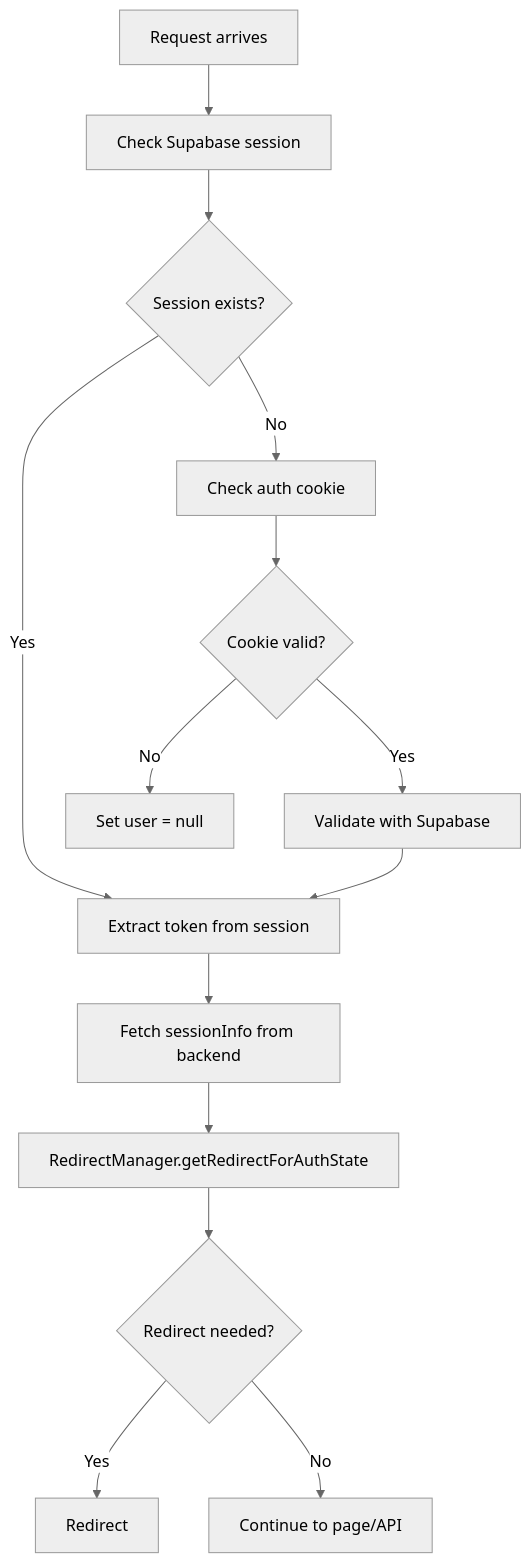
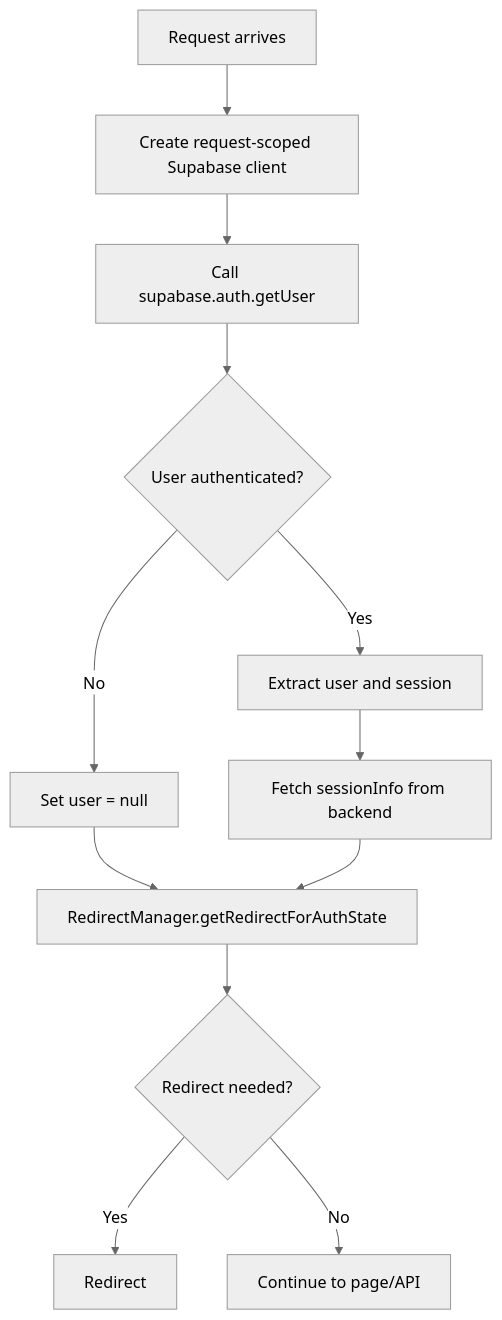
The first of 3 diagrams in frontend/docs/auth.md (AKTK-Bystrze/Magazyn), drawn with Mermaid (neutral theme) before and after one commit. The commit also changed other lines of this file and 15 other files, not shown here.

````diff
--- a/frontend/docs/auth.md
+++ b/frontend/docs/auth.md
@@ -80,16 +81,14 @@
 ```mermaid
 graph TD
-    A[Request arrives] --> B[Check Supabase session]
-    B --> C{Session exists?}
-    C -->|Yes| D[Extract token from session]
-    C -->|No| E[Check auth cookie]
-    E --> F{Cookie valid?}
-    F -->|Yes| G[Validate with Supabase]
-    F -->|No| H[Set user = null]
-    G --> D
-    D --> I[Fetch sessionInfo from backend]
-    I --> J[RedirectManager.getRedirectForAuthState]
-    J --> K{Redirect needed?}
-    K -->|Yes| L[Redirect]
-    K -->|No| M[Continue to page/API]
+    A[Request arrives] --> B[Create request-scoped Supabase client]
+    B --> C[Call supabase.auth.getUser]
+    C --> D{User authenticated?}
+    D -->|Yes| E[Extract user and session]
+    D -->|No| F[Set user = null]
+    E --> G[Fetch sessionInfo from backend]
+    F --> H[RedirectManager.getRedirectForAuthState]
+    G --> H
+    H --> I{Redirect needed?}
+    I -->|Yes| J[Redirect]
+    I -->|No| K[Continue to page/API]
 ```
````
